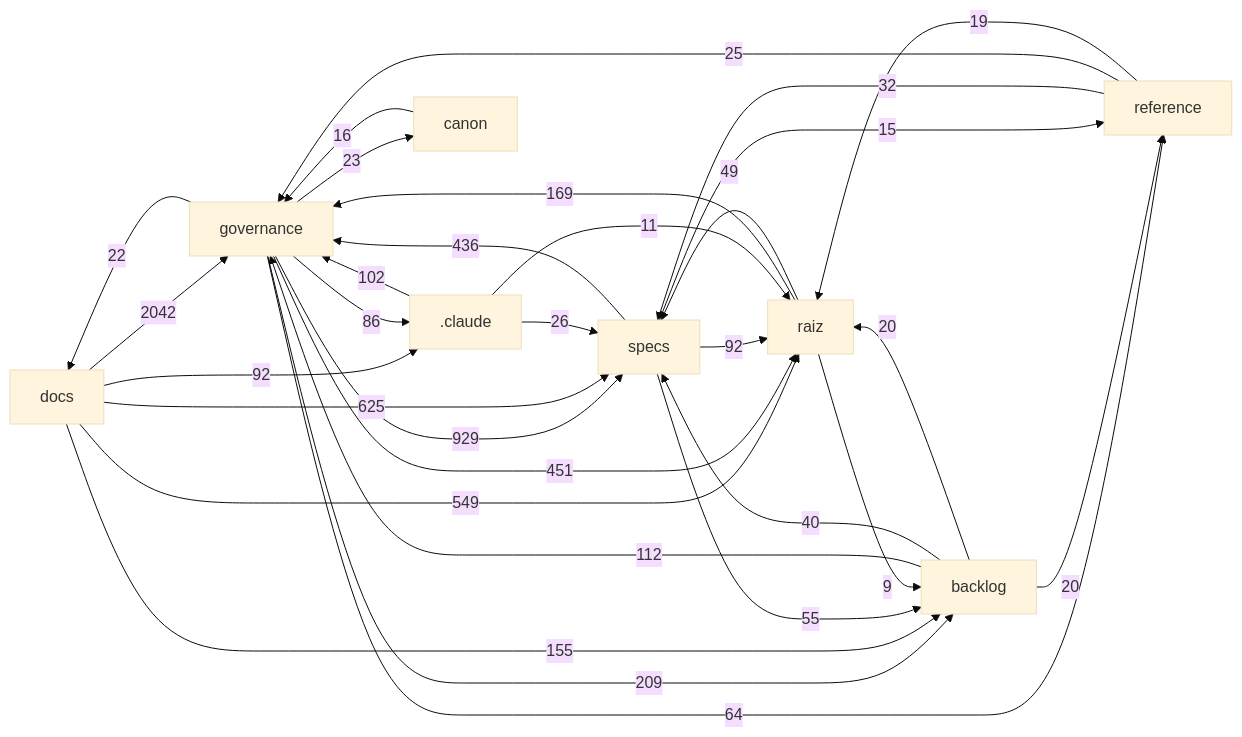
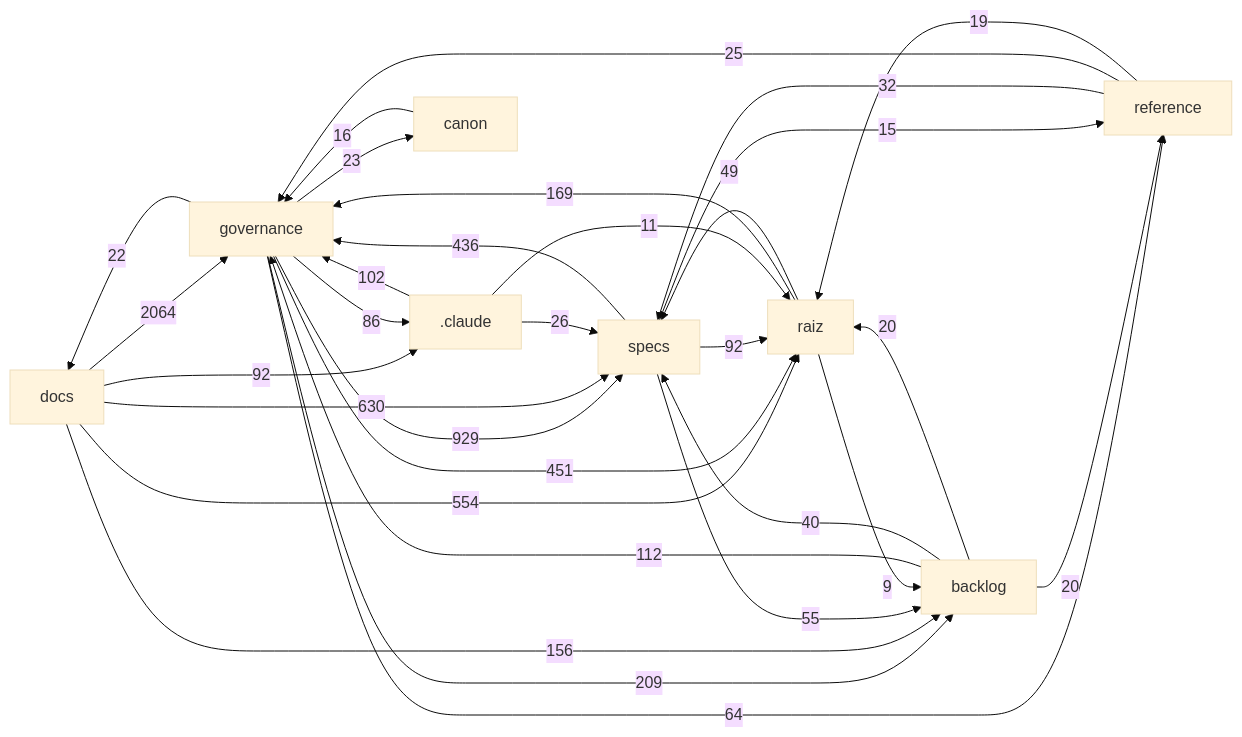
The diagram in docs/mapa/MAPA-PROJETO.md (Andraus35/Sistema-Operacional-de-Trading--SOT), drawn with Mermaid (base theme) before and after one commit. The commit also changed other lines of this file and 9 other files, not shown here.

````diff
--- a/docs/mapa/MAPA-PROJETO.md
+++ b/docs/mapa/MAPA-PROJETO.md
@@ -29,33 +29,33 @@
 ```mermaid
 flowchart LR
-  docs["docs"] -->|2042| governance["governance"]
+  docs["docs"] -->|2064| governance["governance"]
   governance["governance"] -->|929| specs["specs"]
-  docs["docs"] -->|625| specs["specs"]
-  docs["docs"] -->|549| raiz["raiz"]
+  docs["docs"] -->|630| specs["specs"]
+  docs["docs"] -->|554| raiz["raiz"]
   governance["governance"] -->|451| raiz["raiz"]
   specs["specs"] -->|436| governance["governance"]
   governance["governance"] -->|209| backlog["backlog"]
   raiz["raiz"] -->|169| governance["governance"]
-  docs["docs"] -->|155| backlog["backlog"]
+  docs["docs"] -->|156| backlog["backlog"]
   backlog["backlog"] -->|112| governance["governance"]
   _claude[".claude"] -->|102| governance["governance"]
   docs["docs"] -->|92| _claude[".claude"]
   specs["specs"] -->|92| raiz["raiz"]
   governance["governance"] -->|86| _claude[".claude"]
   governance["governance"] -->|64| reference["reference"]
   specs["specs"] -->|55| backlog["backlog"]
   raiz["raiz"] -->|49| specs["specs"]
   backlog["backlog"] -->|40| specs["specs"]
   reference["reference"] -->|32| specs["specs"]
   _claude[".claude"] -->|26| specs["specs"]
   reference["reference"] -->|25| governance["governance"]
   governance["governance"] -->|23| canon["canon"]
   governance["governance"] -->|22| docs["docs"]
   backlog["backlog"] -->|20| raiz["raiz"]
   backlog["backlog"] -->|20| reference["reference"]
   reference["reference"] -->|19| raiz["raiz"]
   canon["canon"] -->|16| governance["governance"]
   specs["specs"] -->|15| reference["reference"]
   _claude[".claude"] -->|11| raiz["raiz"]
   raiz["raiz"] -->|9| backlog["backlog"]
 ```
````
